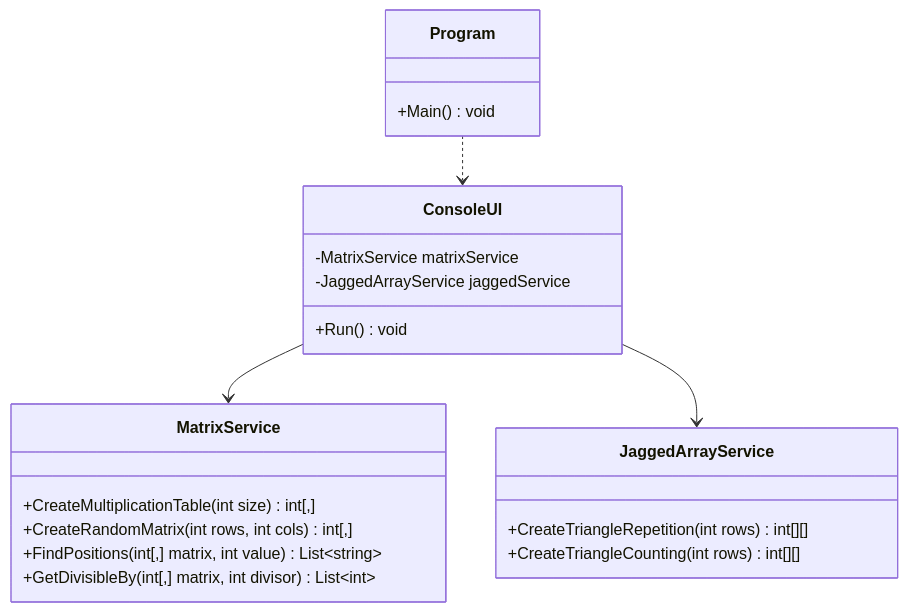
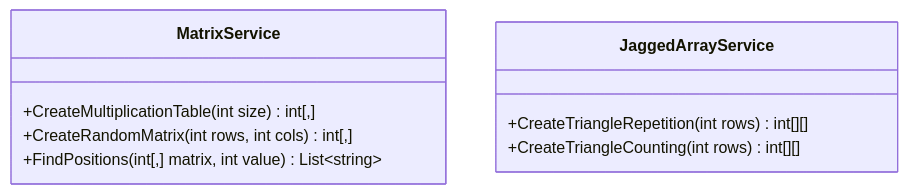
One commit to T-Boyke/C-Sharp-OOP-Fundamentals changed the diagram in 07_ArraysMulti/README.md. Above: the diagram before and after it, drawn with Mermaid. The commit also changed other lines of this file and 5 other files, not shown here.

````diff
--- a/07_ArraysMulti/README.md
+++ b/07_ArraysMulti/README.md
@@ -60,28 +99,13 @@
 ```mermaid
 classDiagram
-    class Program {
-        +Main() void
-    }
-    
-    class ConsoleUI {
-        -MatrixService matrixService
-        -JaggedArrayService jaggedService
-        +Run() void
-    }
-
     class MatrixService {
         +CreateMultiplicationTable(int size) int[,]
         +CreateRandomMatrix(int rows, int cols) int[,]
         +FindPositions(int[,] matrix, int value) List~string~
-        +GetDivisibleBy(int[,] matrix, int divisor) List~int~
     }
 
     class JaggedArrayService {
         +CreateTriangleRepetition(int rows) int[][]
         +CreateTriangleCounting(int rows) int[][]
     }
-
-    Program ..> ConsoleUI
-    ConsoleUI --> MatrixService
-    ConsoleUI --> JaggedArrayService
 ```
````
